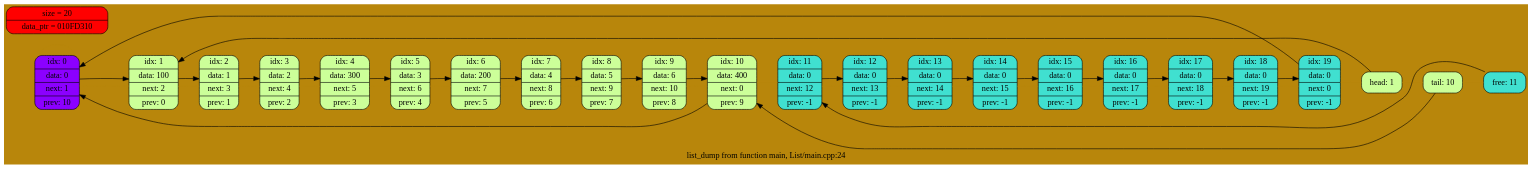
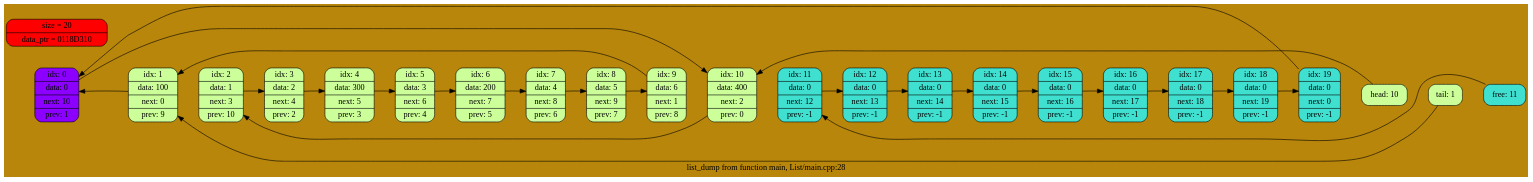
The diagram in dump.dot (EntryFrager/Lists), drawn with Graphviz before and after one commit. The commit also changed 5 other files, not shown here.

```diff
--- a/dump.dot
+++ b/dump.dot
@@ -1,53 +1,53 @@
 digraph List {
 	rankdir = LR;
 	node [shape = record];
 	bgcolor = "#B8860B";
 	0 -> 0 -> 1 -> 2 -> 3 -> 4 -> 5 -> 6 -> 7 -> 8 -> 9 -> 10 -> 11 -> 12 -> 13 -> 14 -> 15 -> 16 -> 17 -> 18 -> 19 -> head -> tail -> free[arrowsize = 0.0, weight = 10000, color = "#B8860B"];
-	0 [shape = Mrecord, style = filled, fillcolor = "#8B00FF", label = "idx: 0 | data: 0 | next: 1 | prev: 10"];
-	1 [shape = Mrecord, style = filled, fillcolor = "#ccff99", label = "idx: 1 | data: 100 | next: 2 | prev: 0"];
-	2 [shape = Mrecord, style = filled, fillcolor = "#ccff99", label = "idx: 2 | data: 1 | next: 3 | prev: 1"];
+	0 [shape = Mrecord, style = filled, fillcolor = "#8B00FF", label = "idx: 0 | data: 0 | next: 10 | prev: 1"];
+	1 [shape = Mrecord, style = filled, fillcolor = "#ccff99", label = "idx: 1 | data: 100 | next: 0 | prev: 9"];
+	2 [shape = Mrecord, style = filled, fillcolor = "#ccff99", label = "idx: 2 | data: 1 | next: 3 | prev: 10"];
 	3 [shape = Mrecord, style = filled, fillcolor = "#ccff99", label = "idx: 3 | data: 2 | next: 4 | prev: 2"];
 	4 [shape = Mrecord, style = filled, fillcolor = "#ccff99", label = "idx: 4 | data: 300 | next: 5 | prev: 3"];
 	5 [shape = Mrecord, style = filled, fillcolor = "#ccff99", label = "idx: 5 | data: 3 | next: 6 | prev: 4"];
 	6 [shape = Mrecord, style = filled, fillcolor = "#ccff99", label = "idx: 6 | data: 200 | next: 7 | prev: 5"];
 	7 [shape = Mrecord, style = filled, fillcolor = "#ccff99", label = "idx: 7 | data: 4 | next: 8 | prev: 6"];
 	8 [shape = Mrecord, style = filled, fillcolor = "#ccff99", label = "idx: 8 | data: 5 | next: 9 | prev: 7"];
-	9 [shape = Mrecord, style = filled, fillcolor = "#ccff99", label = "idx: 9 | data: 6 | next: 10 | prev: 8"];
-	10 [shape = Mrecord, style = filled, fillcolor = "#ccff99", label = "idx: 10 | data: 400 | next: 0 | prev: 9"];
+	9 [shape = Mrecord, style = filled, fillcolor = "#ccff99", label = "idx: 9 | data: 6 | next: 1 | prev: 8"];
+	10 [shape = Mrecord, style = filled, fillcolor = "#ccff99", label = "idx: 10 | data: 400 | next: 2 | prev: 0"];
 	11 [shape = Mrecord, style = filled, fillcolor = "#40E0D0", label = "idx: 11 | data: 0 | next: 12 | prev: -1"];
 	12 [shape = Mrecord, style = filled, fillcolor = "#40E0D0", label = "idx: 12 | data: 0 | next: 13 | prev: -1"];
 	13 [shape = Mrecord, style = filled, fillcolor = "#40E0D0", label = "idx: 13 | data: 0 | next: 14 | prev: -1"];
 	14 [shape = Mrecord, style = filled, fillcolor = "#40E0D0", label = "idx: 14 | data: 0 | next: 15 | prev: -1"];
 	15 [shape = Mrecord, style = filled, fillcolor = "#40E0D0", label = "idx: 15 | data: 0 | next: 16 | prev: -1"];
 	16 [shape = Mrecord, style = filled, fillcolor = "#40E0D0", label = "idx: 16 | data: 0 | next: 17 | prev: -1"];
 	17 [shape = Mrecord, style = filled, fillcolor = "#40E0D0", label = "idx: 17 | data: 0 | next: 18 | prev: -1"];
 	18 [shape = Mrecord, style = filled, fillcolor = "#40E0D0", label = "idx: 18 | data: 0 | next: 19 | prev: -1"];
 	19 [shape = Mrecord, style = filled, fillcolor = "#40E0D0", label = "idx: 19 | data: 0 | next: 0 | prev: -1"];
-	head [shape = Mrecord, style = filled, fillcolor = "#ccff99", label = "head: 1"];
-	tail [shape = Mrecord, style = filled, fillcolor = "#ccff99", label = "tail: 10"];
+	head [shape = Mrecord, style = filled, fillcolor = "#ccff99", label = "head: 10"];
+	tail [shape = Mrecord, style = filled, fillcolor = "#ccff99", label = "tail: 1"];
 	free [shape = Mrecord, style = filled, fillcolor = "#40E0D0", label = "free: 11"];
-	0 -> 1
-	1 -> 2
+	0 -> 10
+	10 -> 2
 	2 -> 3
 	3 -> 4
 	4 -> 5
 	5 -> 6
 	6 -> 7
 	7 -> 8
 	8 -> 9
-	9 -> 10
-	10 -> 0
+	9 -> 1
+	1 -> 0
 	11 -> 12
 	12 -> 13
 	13 -> 14
 	14 -> 15
 	15 -> 16
 	16 -> 17
 	17 -> 18
 	18 -> 19
 	19 -> 0
-	head -> 1
-	tail -> 10
+	head -> 10
+	tail -> 1
 	free -> 11
-	label = "list_dump from function main, List/main.cpp:24";
-	All[shape = Mrecord, style = filled, fillcolor = "#ff0000", label = "size = 20 | data_ptr = 010FD310"];}
+	label = "list_dump from function main, List/main.cpp:28";
+	All[shape = Mrecord, style = filled, fillcolor = "#ff0000", label = "size = 20 | data_ptr = 0118D310"];}
```
